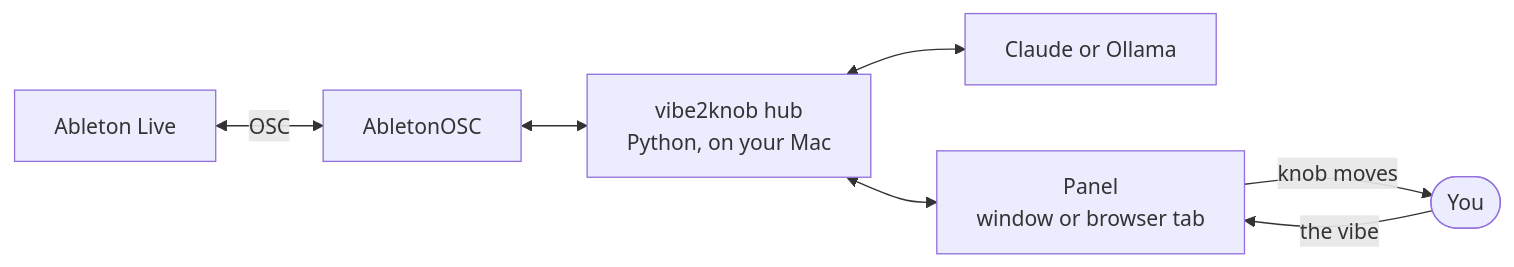
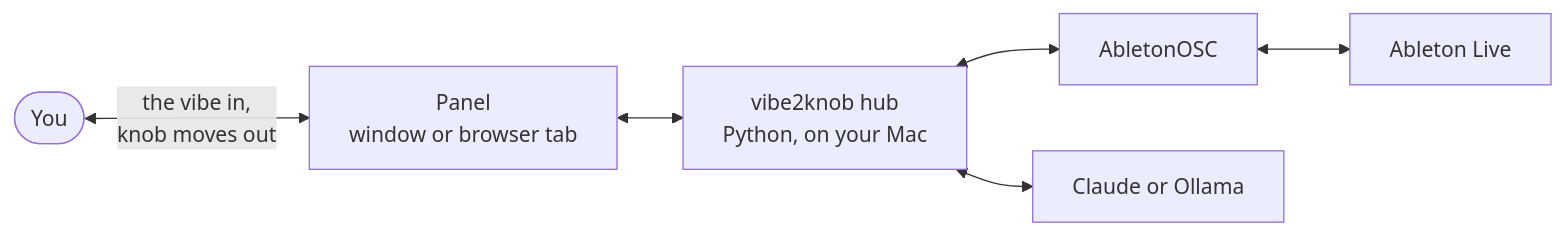
The diagram in README.md (thi-mb/vibe2knob), drawn with Mermaid before and after one commit.

Commit message:
README: read the diagram left to right, starting from you

````diff
--- a/README.md
+++ b/README.md
@@ -90,9 +90,8 @@
 ```mermaid
 flowchart LR
-    live["Ableton Live"] <-->|"OSC"| osc["AbletonOSC"]
-    osc <--> hub["vibe2knob hub<br/>Python, on your Mac"]
+    you(["You"]) <-->|"the vibe in,<br/>knob moves out"| panel["Panel<br/>window or browser tab"]
+    panel <--> hub["vibe2knob hub<br/>Python, on your Mac"]
+    hub <--> osc["AbletonOSC"]
+    osc <--> live["Ableton Live"]
     hub <--> model["Claude or Ollama"]
-    hub <--> panel["Panel<br/>window or browser tab"]
-    you(["You"]) -->|"the vibe"| panel
-    panel -->|"knob moves"| you
 ```
````
